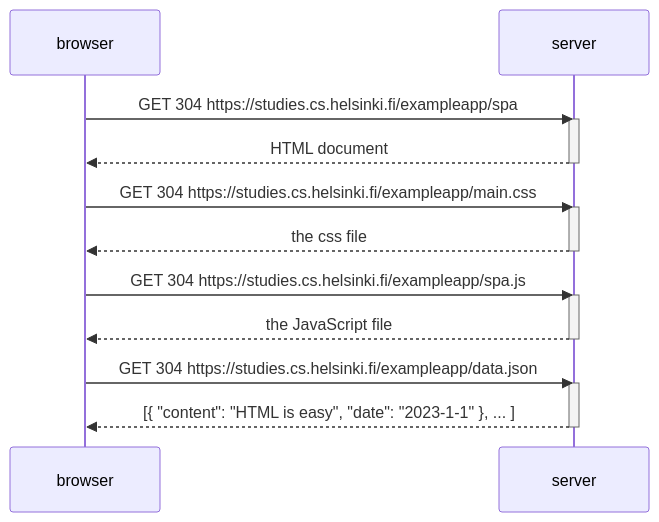
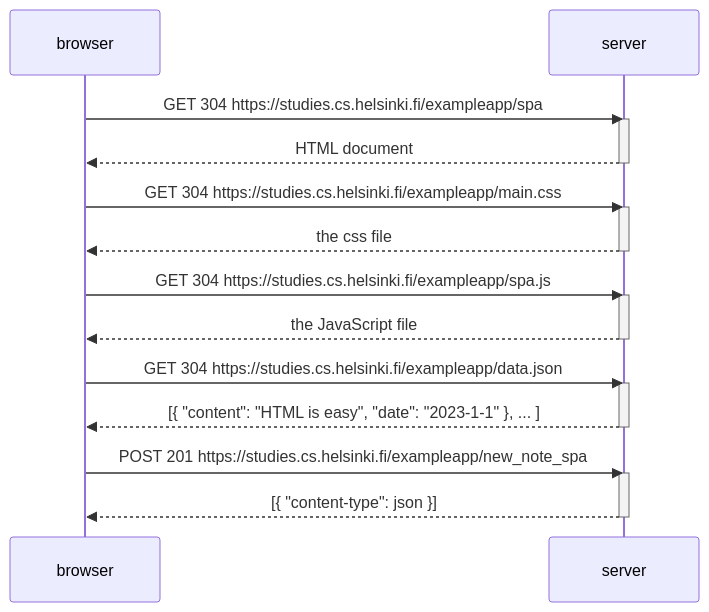
Before and after one commit to PTJaeger/palautusrepositorio: the diagram in osa0/06.md, drawn with Mermaid.

````diff
--- a/osa0/06.md
+++ b/osa0/06.md
@@ -1,25 +1,30 @@
 ```mermaid
 sequenceDiagram
     participant browser
     participant server
     
     browser->>server: GET 304 https://studies.cs.helsinki.fi/exampleapp/spa
     activate server
     server-->>browser: HTML document
     deactivate server
 
     browser->>server: GET 304 https://studies.cs.helsinki.fi/exampleapp/main.css 
     activate server
     server-->>browser: the css file
     deactivate server
     
     browser->>server: GET 304 https://studies.cs.helsinki.fi/exampleapp/spa.js 
     activate server
     server-->>browser: the JavaScript file
     deactivate server
    
     browser->>server: GET 304 https://studies.cs.helsinki.fi/exampleapp/data.json 
     activate server
     server-->>browser: [{ "content": "HTML is easy", "date": "2023-1-1" }, ... ]
     deactivate server
+
+    browser->>server: POST 201 https://studies.cs.helsinki.fi/exampleapp/new_note_spa
+    activate server
+    server-->>browser: [{ "content-type": json }]
+    deactivate server
 ```
````
